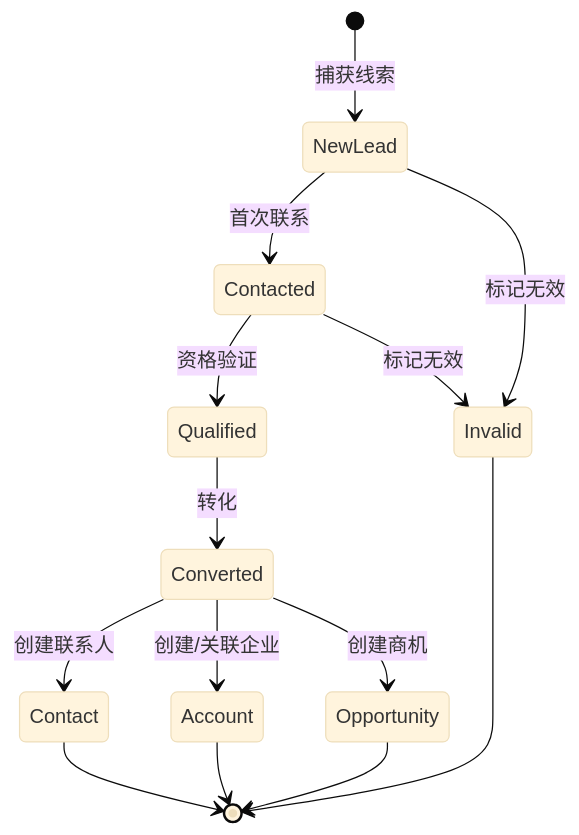
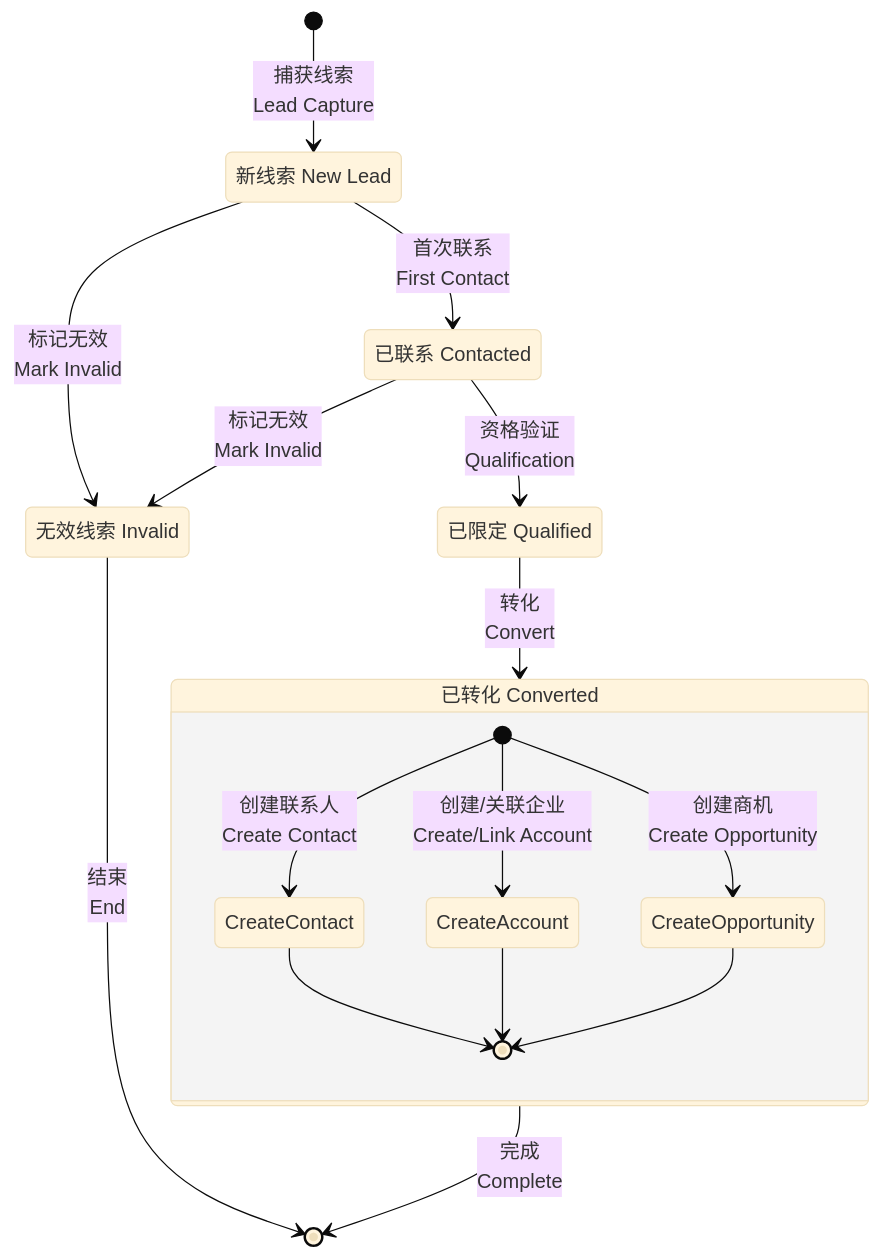
One commit to 312268112/advanced-java changed diagram 19 of 26 in docs/b2b-cdp-entity-design.md. Above: the diagram before and after it, drawn with Mermaid (base theme). The commit also changed other lines of this file, not shown here.

````diff
--- a/docs/b2b-cdp-entity-design.md
+++ b/docs/b2b-cdp-entity-design.md
@@ -862,19 +1000,31 @@
 ```mermaid
 stateDiagram-v2
-    [*] --> NewLead: 捕获线索
-    NewLead --> Contacted: 首次联系
-    Contacted --> Qualified: 资格验证
-    Qualified --> Converted: 转化
+    [*] --> NewLead: 捕获线索<br/>Lead Capture
     
-    Converted --> Contact: 创建联系人
-    Converted --> Account: 创建/关联企业
-    Converted --> Opportunity: 创建商机
+    state "新线索 New Lead" as NewLead
+    state "已联系 Contacted" as Contacted
+    state "已限定 Qualified" as Qualified
+    state "已转化 Converted" as Converted
+    state "无效线索 Invalid" as Invalid
     
-    Contact --> [*]
-    Account --> [*]
-    Opportunity --> [*]
+    NewLead --> Contacted: 首次联系<br/>First Contact
+    NewLead --> Invalid: 标记无效<br/>Mark Invalid
     
-    NewLead --> Invalid: 标记无效
-    Contacted --> Invalid: 标记无效
-    Invalid --> [*]
+    Contacted --> Qualified: 资格验证<br/>Qualification
+    Contacted --> Invalid: 标记无效<br/>Mark Invalid
+    
+    Qualified --> Converted: 转化<br/>Convert
+    
+    state Converted {
+        [*] --> CreateContact: 创建联系人<br/>Create Contact
+        [*] --> CreateAccount: 创建/关联企业<br/>Create/Link Account
+        [*] --> CreateOpportunity: 创建商机<br/>Create Opportunity
+        
+        CreateContact --> [*]
+        CreateAccount --> [*]
+        CreateOpportunity --> [*]
+    }
+    
+    Converted --> [*]: 完成<br/>Complete
+    Invalid --> [*]: 结束<br/>End
 ```
````
